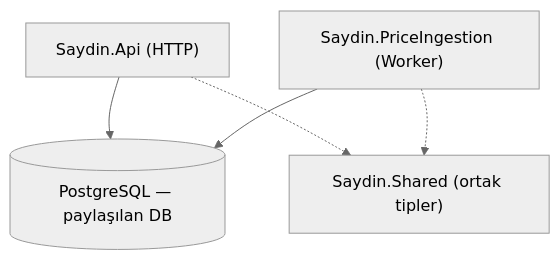
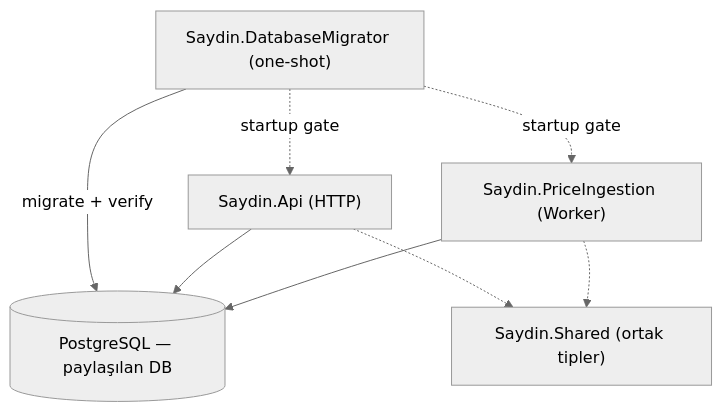
The diagram in README.md (cemililik/Saydin.Services), drawn with Mermaid (neutral theme) before and after one commit. The commit also changed other lines of this file and 827 other files, not shown here.

````diff
--- a/README.md
+++ b/README.md
@@ -70,11 +92,15 @@
 ```mermaid
 flowchart TD
+    MIG["Saydin.DatabaseMigrator (one-shot)"]
     API["Saydin.Api (HTTP)"]
     ING["Saydin.PriceIngestion (Worker)"]
     PG[("PostgreSQL — paylaşılan DB")]
     SH["Saydin.Shared (ortak tipler)"]
+    MIG -->|"migrate + verify"| PG
+    MIG -.->|"startup gate"| API
+    MIG -.->|"startup gate"| ING
     API --> PG
     ING --> PG
     API -.-> SH
     ING -.-> SH
 ```
````
